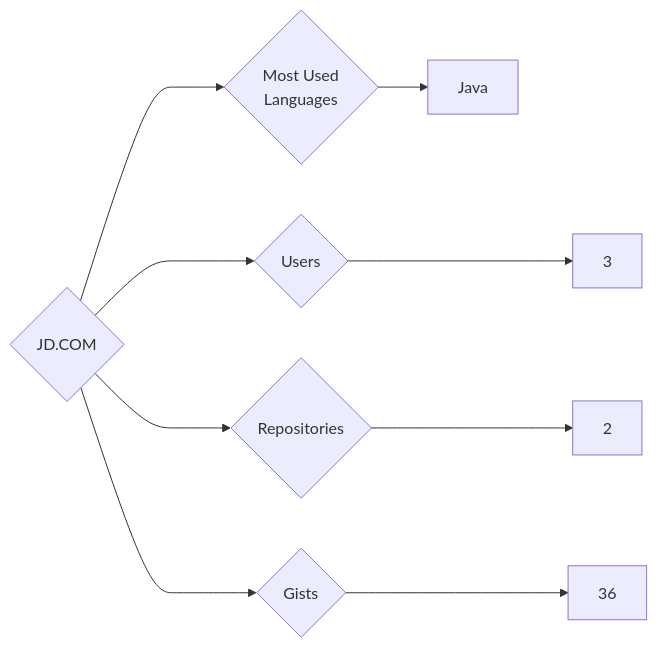
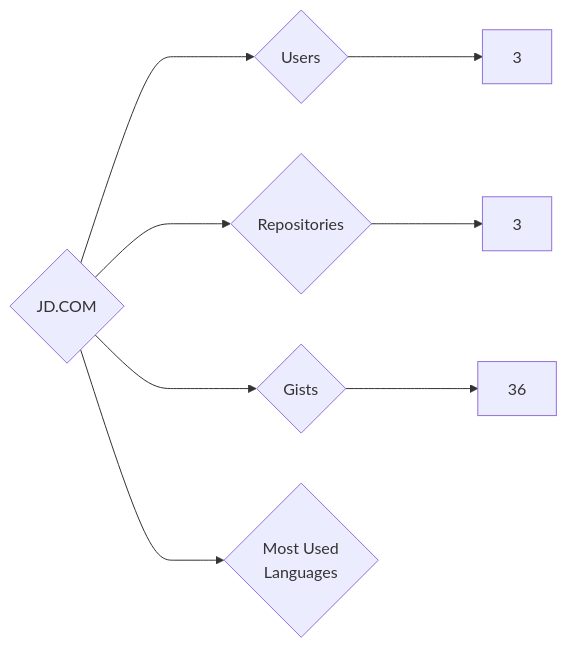
One commit to trickest/insiders changed the diagram in targets/JD.COM/README.md. Above: the diagram before and after it, drawn with Mermaid. The commit also changed 639 other files, not shown here.

````diff
--- a/targets/JD.COM/README.md
+++ b/targets/JD.COM/README.md
@@ -3,9 +3,8 @@
 ```mermaid
 graph LR
 COMPANY_NAME{JD.COM}
 COMPANY_NAME ---> U{Users} ---> UN[3]
-COMPANY_NAME ---> R{Repositories} ---> RN[2]
+COMPANY_NAME ---> R{Repositories} ---> RN[3]
 COMPANY_NAME ---> G{Gists} ---> GN[36]
 COMPANY_NAME ---> ML{Most Used<br>Languages}
-ML --> Java[Java]
 ```
````
